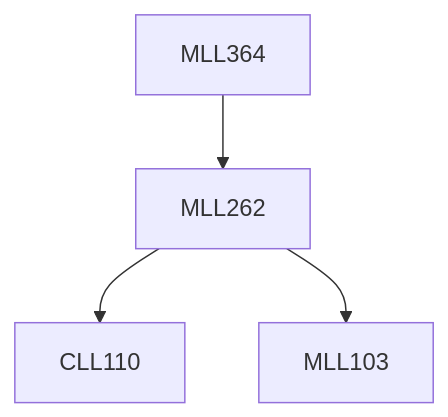
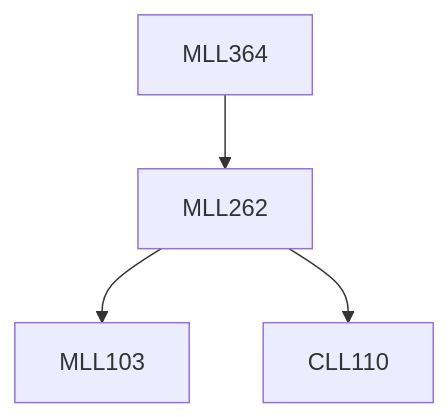
The diagram in content/Materials Science and Engineering/MLL364.md (KeshavBansal0122/CoS_Website), drawn with Mermaid before and after one commit. The commit also changed other lines of this file and 2662 other files, not shown here.

````diff
--- a/content/Materials Science and Engineering/MLL364.md
+++ b/content/Materials Science and Engineering/MLL364.md
@@ -21,10 +21,10 @@
 ```mermaid
 flowchart TD
 MLL364-494[MLL364]
-MLL262-494 --> CLL110-494[CLL110]
 MLL262-494 --> MLL103-494[MLL103]
 MLL364-494 --> MLL262-494[MLL262]
+MLL262-494 --> CLL110-494[CLL110]
 
 classDef empty height:17px, fill:transparent, stroke:transparent;
 classDef trueEmpty height:0px, width:0px;
 ```
````
